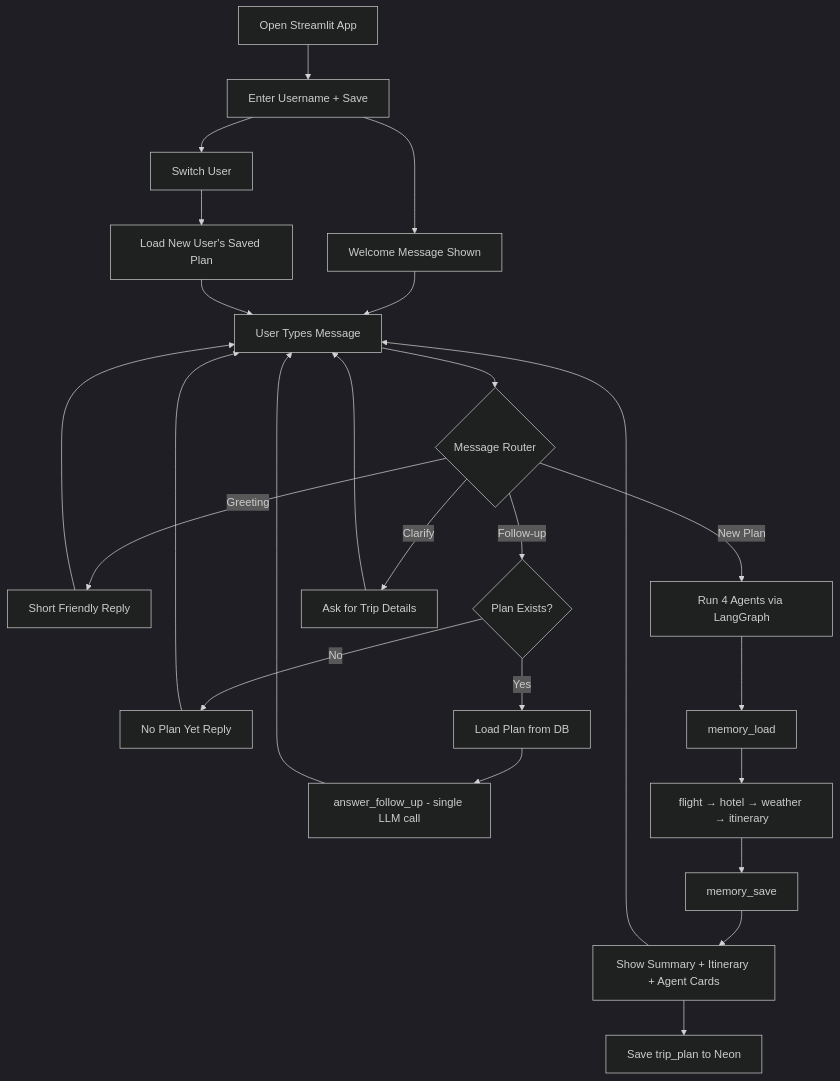
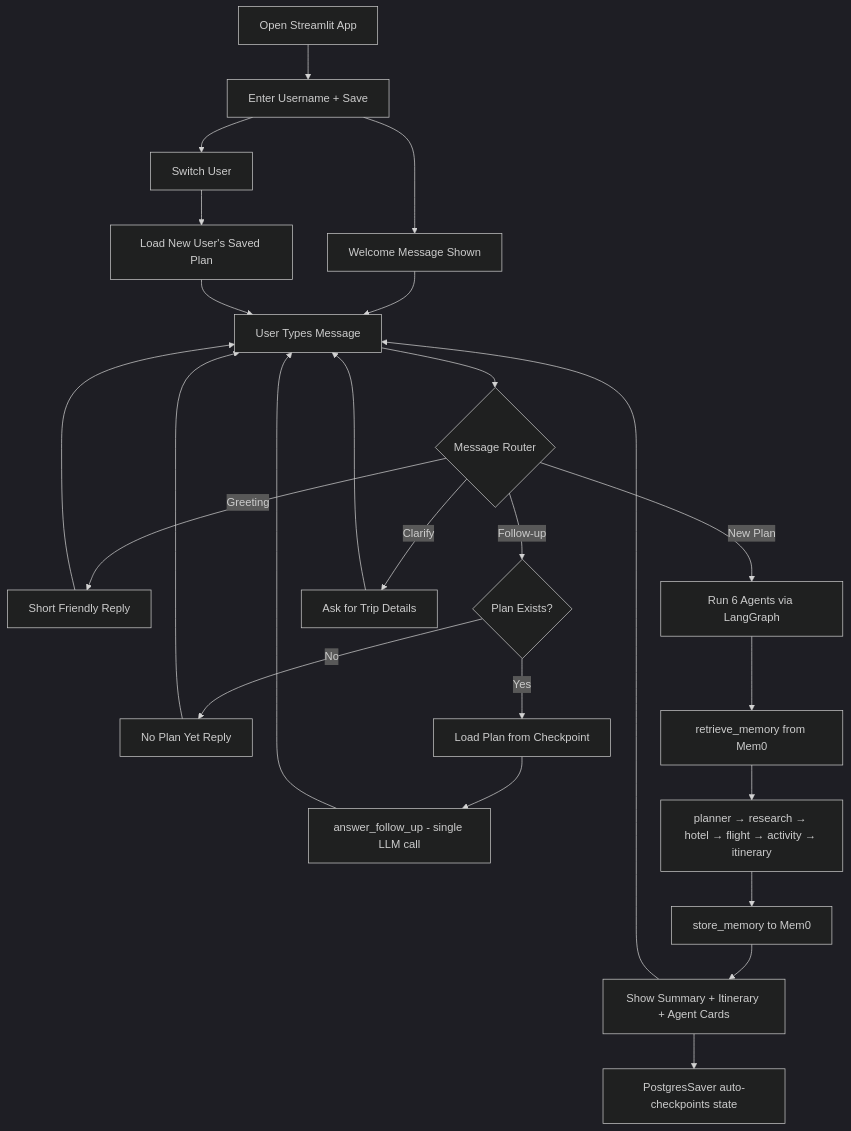
The second of 4 diagrams in README.md (maniranjan2023/Northline), drawn with Mermaid (dark theme) before and after one commit. The commit also changed other lines of this file and 77 other files, not shown here.

First line of the commit message:
feat: Voyager AI — Mem0 memory, LangSmith observability, NeMo guardrails, DeepEval evals

````diff
--- a/README.md
+++ b/README.md
@@ -169,32 +178,32 @@
 ```mermaid
 flowchart TD
     A[Open Streamlit App] --> B[Enter Username + Save]
     B --> C[Welcome Message Shown]
     C --> D[User Types Message]
     D --> E{Message Router}
 
     E -->|Greeting| F[Short Friendly Reply]
     E -->|Follow-up| G{Plan Exists?}
-    E -->|New Plan| H[Run 4 Agents via LangGraph]
+    E -->|New Plan| H[Run 6 Agents via LangGraph]
     E -->|Clarify| I[Ask for Trip Details]
 
     G -->|No| J[No Plan Yet Reply]
-    G -->|Yes| K[Load Plan from DB]
+    G -->|Yes| K[Load Plan from Checkpoint]
     K --> L[answer_follow_up - single LLM call]
 
-    H --> M[memory_load]
-    M --> N[flight → hotel → weather → itinerary]
-    N --> O[memory_save]
+    H --> M[retrieve_memory from Mem0]
+    M --> N[planner → research → hotel → flight → activity → itinerary]
+    N --> O[store_memory to Mem0]
     O --> P[Show Summary + Itinerary + Agent Cards]
-    P --> Q[Save trip_plan to Neon]
+    P --> Q[PostgresSaver auto-checkpoints state]
 
     B --> R[Switch User]
     R --> S[Load New User's Saved Plan]
     S --> D
 
     F --> D
     J --> D
     L --> D
     I --> D
     P --> D
 ```
````
